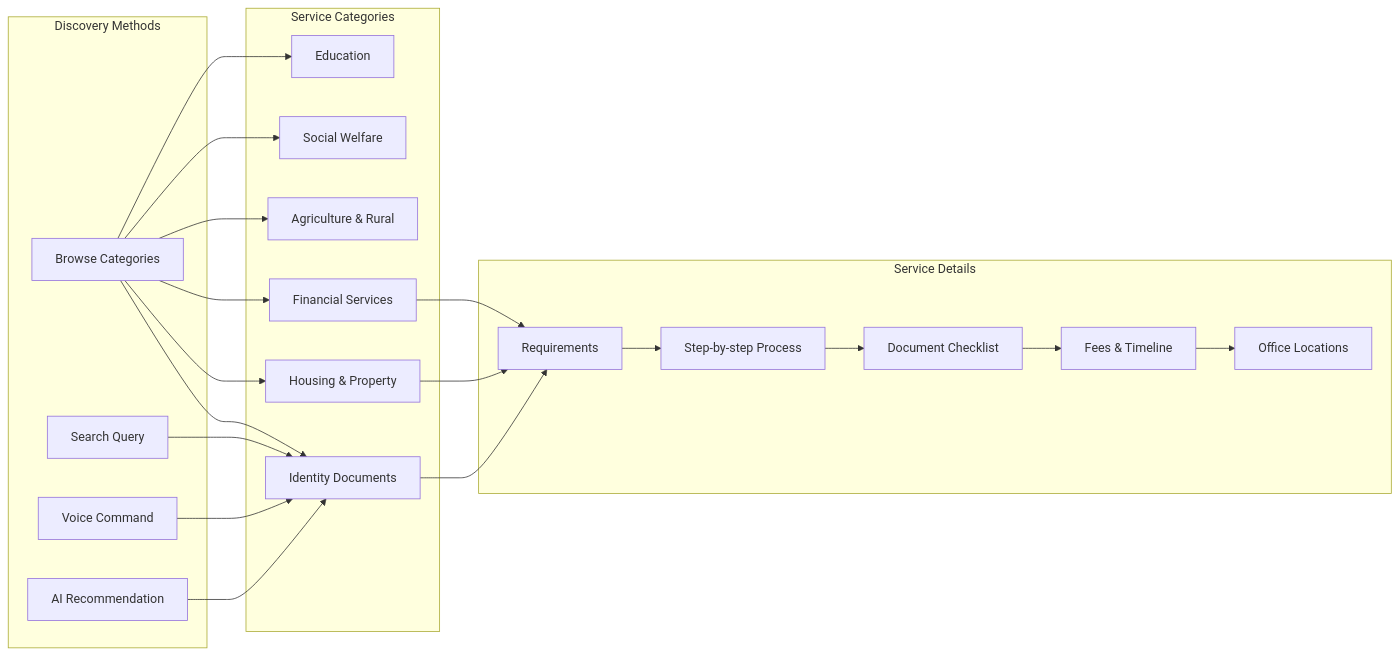
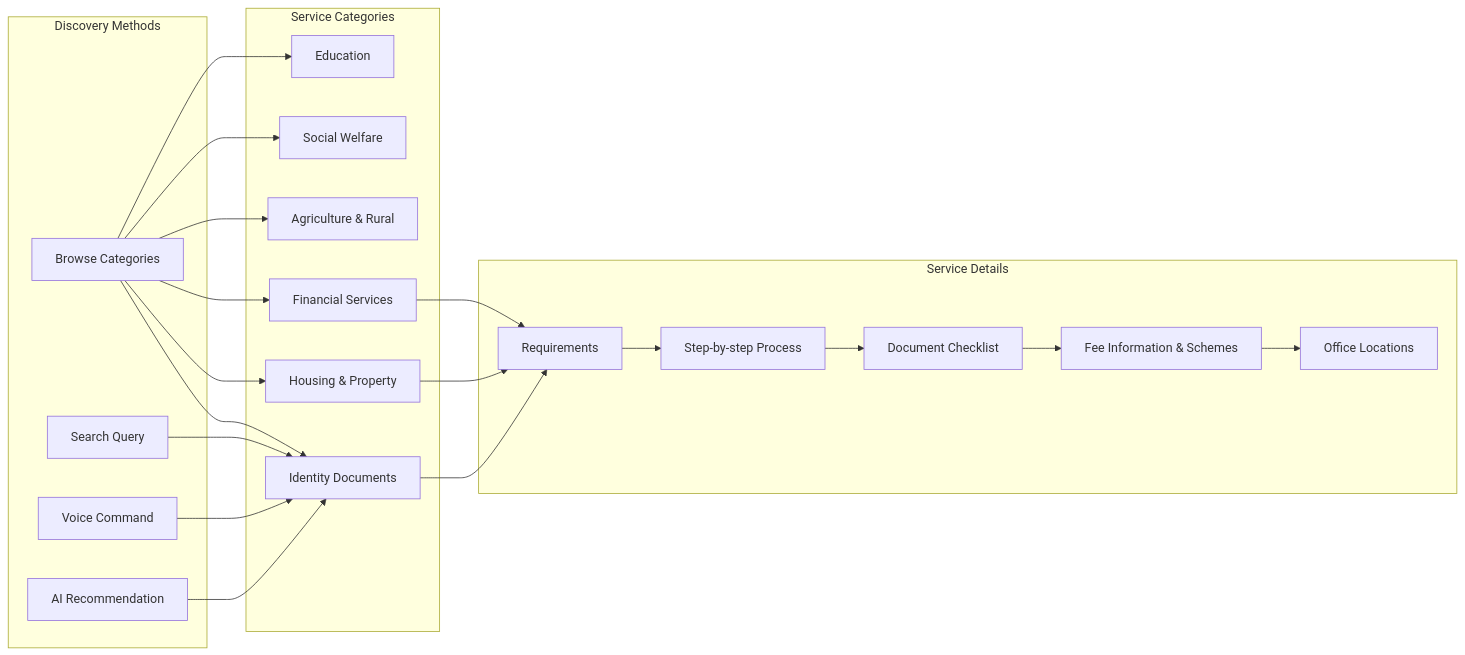
The sixth of 10 diagrams in design.md (sairishigangarapu/Hack_2_skill), drawn with Mermaid before and after one commit. The commit also changed other lines of this file and 1 other file, not shown here.

````diff
--- a/design.md
+++ b/design.md
@@ -425,46 +428,46 @@
 ```mermaid
 flowchart LR
     subgraph "Discovery Methods"
         BROWSE[Browse Categories]
         SEARCH[Search Query]
         VOICE[Voice Command]
         RECOMMEND[AI Recommendation]
     end
     
     subgraph "Service Categories"
         IDENTITY[Identity Documents]
         HOUSING[Housing & Property]
         FINANCE[Financial Services]
         AGRICULTURE[Agriculture & Rural]
         SOCIAL[Social Welfare]
         EDUCATION[Education]
     end
     
     subgraph "Service Details"
         REQUIREMENTS[Requirements]
         PROCESS[Step-by-step Process]
         DOCUMENTS[Document Checklist]
-        FEES[Fees & Timeline]
+        FEES[Fee Information & Schemes]
         OFFICES[Office Locations]
     end
     
     BROWSE --> IDENTITY
     BROWSE --> HOUSING
     BROWSE --> FINANCE
     BROWSE --> AGRICULTURE
     BROWSE --> SOCIAL
     BROWSE --> EDUCATION
     
     SEARCH --> IDENTITY
     VOICE --> IDENTITY
     RECOMMEND --> IDENTITY
     
     IDENTITY --> REQUIREMENTS
     HOUSING --> REQUIREMENTS
     FINANCE --> REQUIREMENTS
     
     REQUIREMENTS --> PROCESS
     PROCESS --> DOCUMENTS
     DOCUMENTS --> FEES
     FEES --> OFFICES
 ```
````
